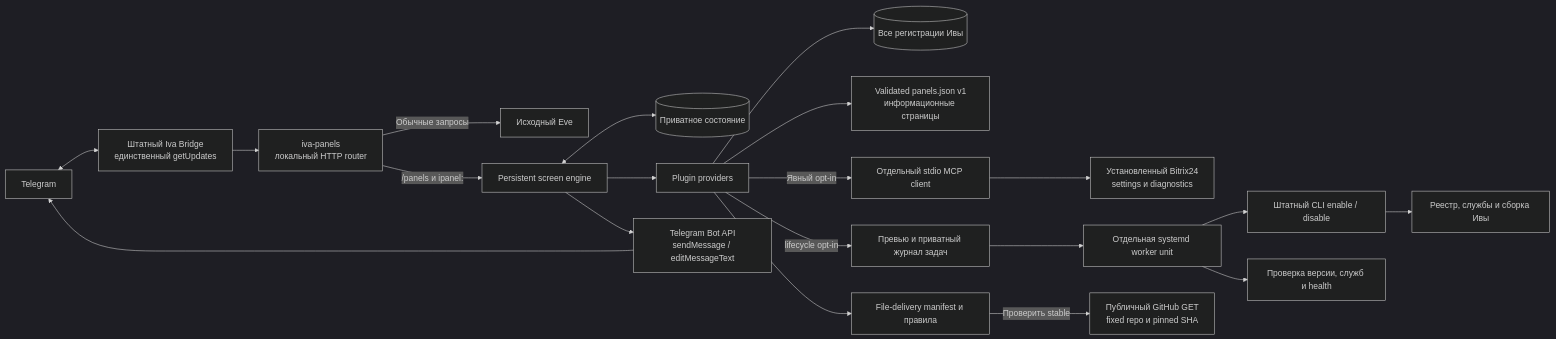
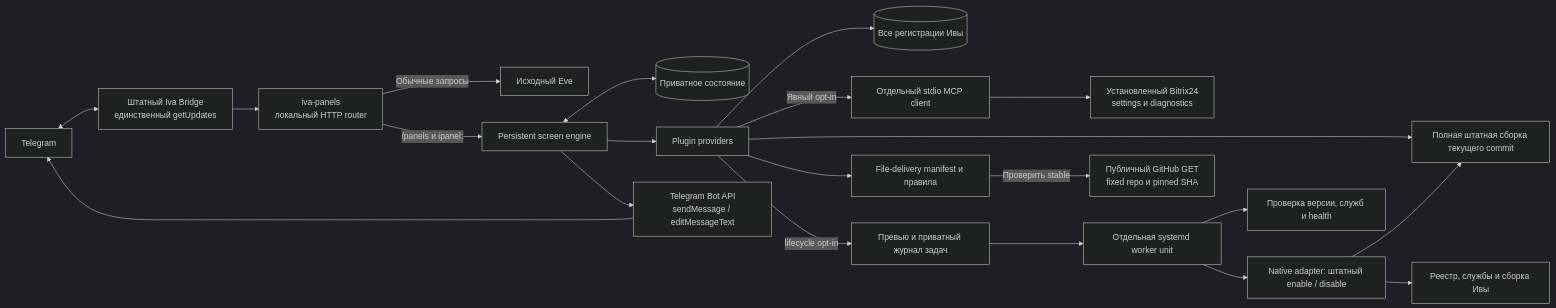
One commit to mamysh/iva-panels changed the first of 2 diagrams in docs/ARCHITECTURE.md. Above: the diagram before and after it, drawn with Mermaid (dark theme). The commit also changed other lines of this file and 24 other files, not shown here.

````diff
--- a/docs/ARCHITECTURE.md
+++ b/docs/ARCHITECTURE.md
@@ -5,28 +5,29 @@
 ```mermaid
 flowchart LR
     T[Telegram] <--> B[Штатный Iva Bridge
 единственный getUpdates]
     B --> R[iva-panels
 локальный HTTP router]
     R -->|Обычные запросы| E[Исходный Eve]
     R -->|/panels и ipanel:| S[Persistent screen engine]
     S <--> D[(Приватное состояние)]
     S --> P[Plugin providers]
     P --> I[(Все регистрации Ивы)]
     P --> V[Validated panels.json v1
 информационные страницы]
     P -->|Явный opt-in| C[Отдельный stdio MCP client]
     C --> X[Установленный Bitrix24
 settings и diagnostics]
     P -->|lifecycle opt-in| L[Превью и приватный журнал задач]
     L --> W[Отдельная systemd worker unit]
-    W --> N[Штатный CLI enable / disable]
+    W --> N[Native adapter: штатный enable / disable]
+    N --> V[Полная штатная сборка текущего commit]
     N --> U[Реестр, службы и сборка Ивы]
     W --> H[Проверка версии, служб и health]
     P --> F[File-delivery manifest и правила]
     F -->|Проверить stable| G[Публичный GitHub GET
 fixed repo и pinned SHA]
     S --> A[Telegram Bot API
 sendMessage / editMessageText]
     A --> T
 ```
````
